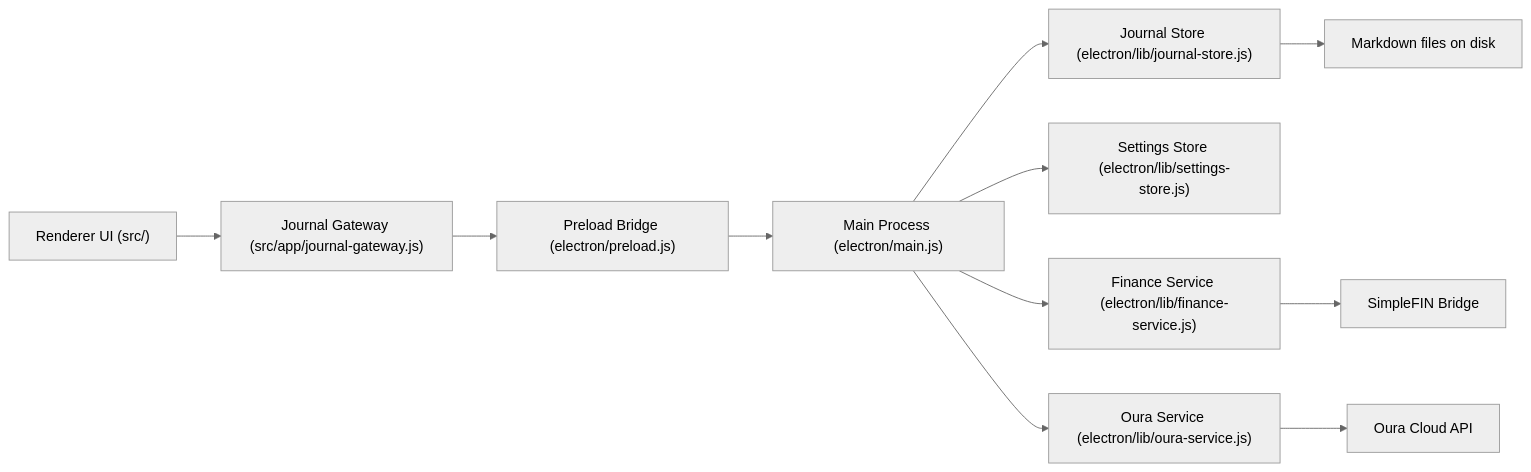
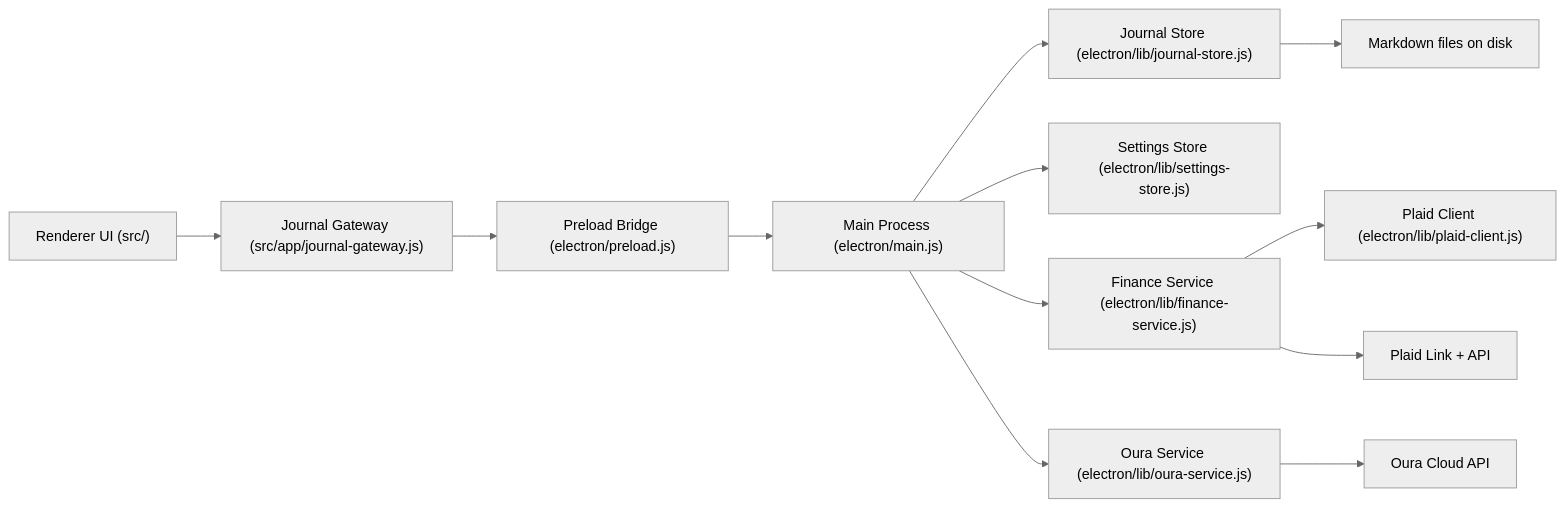
One commit to liuwilliam424/billbook changed the diagram in README.md. Above: the diagram before and after it, drawn with Mermaid (neutral theme). The commit also changed other lines of this file and 17 other files, not shown here.

Commit message:
Replace SimpleFIN with Plaid finance integration

````diff
--- a/README.md
+++ b/README.md
@@ -25,13 +25,14 @@
 ```mermaid
 flowchart LR
   A["Renderer UI (src/)"] --> B["Journal Gateway (src/app/journal-gateway.js)"]
   B --> C["Preload Bridge (electron/preload.js)"]
   C --> D["Main Process (electron/main.js)"]
   D --> E["Journal Store (electron/lib/journal-store.js)"]
   D --> F["Settings Store (electron/lib/settings-store.js)"]
   D --> H["Finance Service (electron/lib/finance-service.js)"]
+  H --> L["Plaid Client (electron/lib/plaid-client.js)"]
   D --> J["Oura Service (electron/lib/oura-service.js)"]
   E --> G["Markdown files on disk"]
-  H --> I["SimpleFIN Bridge"]
+  H --> I["Plaid Link + API"]
   J --> K["Oura Cloud API"]
 ```
````
